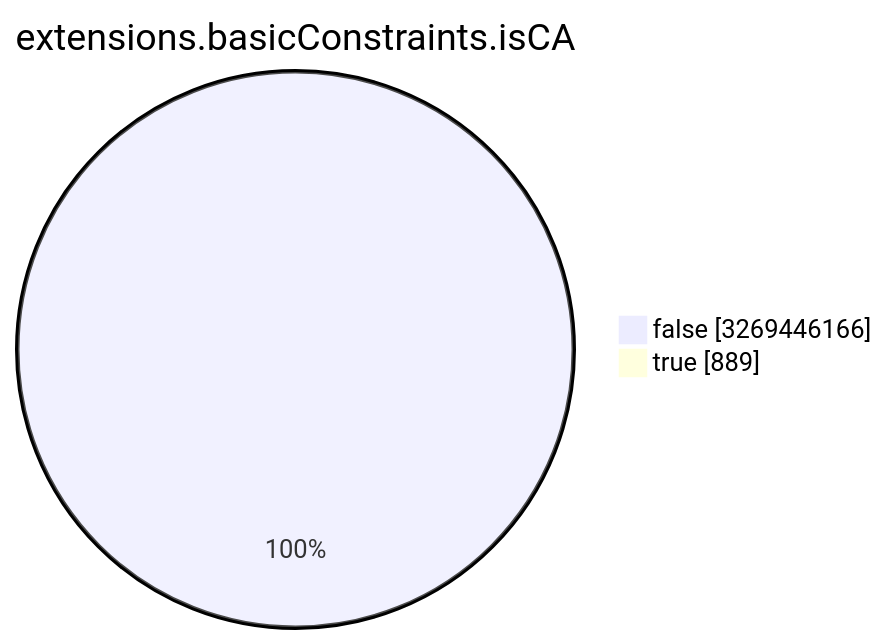
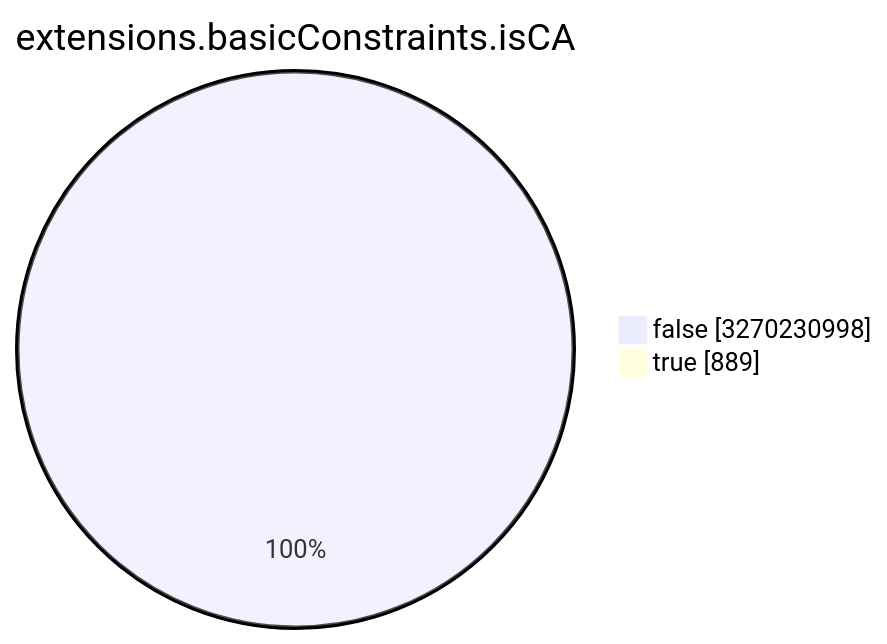
The seventh of 15 diagrams in TOTAL/README.md (christiankrug/ctmonitor_visualization), drawn with Mermaid before and after one commit. The commit also changed other lines of this file, not shown here.

````diff
--- a/TOTAL/README.md
+++ b/TOTAL/README.md
@@ -3089,6 +3089,6 @@
 ```mermaid
 pie showData
 title extensions.basicConstraints.isCA
-"false" :3269446166
+"false" :3270230998
 "true" :889
 ```
````
